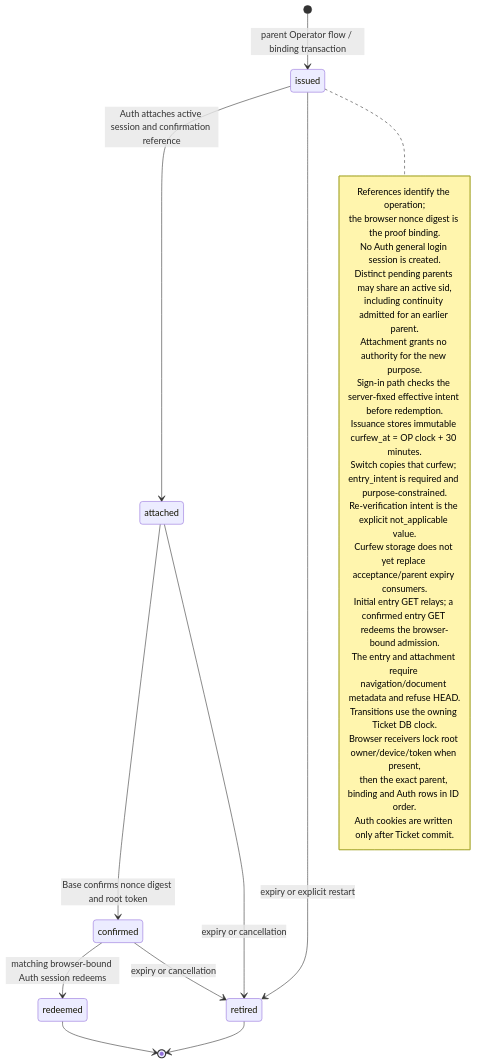
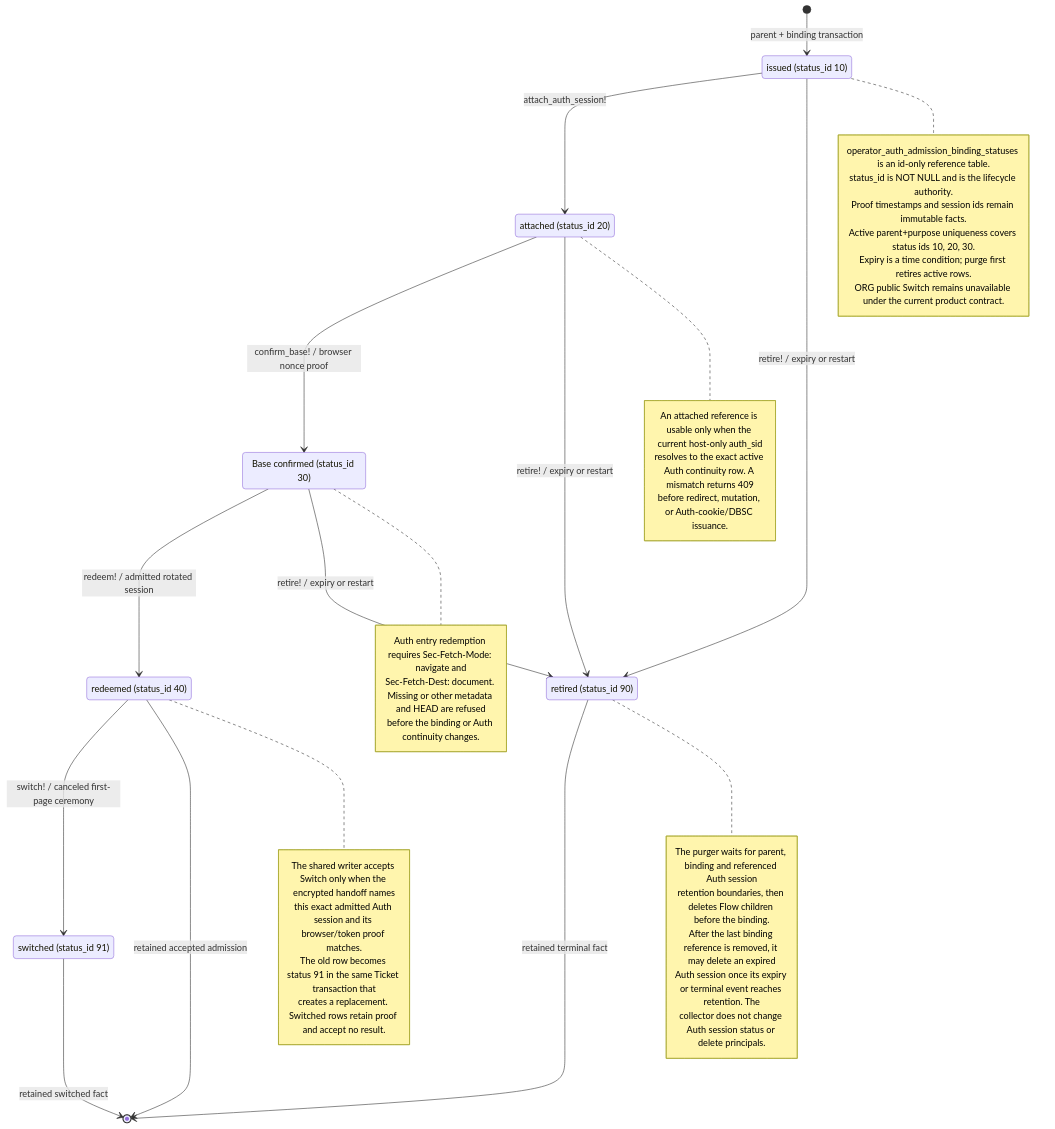
One commit to seahal/umaxica-apps-jit-global changed the diagram in docs/mermaid/idp-operator-auth-admission-binding.mmd. Above: the diagram before and after it, drawn with Mermaid. The commit also changed 1736 other files, not shown here.

```diff
--- a/docs/mermaid/idp-operator-auth-admission-binding.mmd
+++ b/docs/mermaid/idp-operator-auth-admission-binding.mmd
@@ -1,30 +1,55 @@
 stateDiagram-v2
-    %% Realm-specific rendering of the shared D-82 Base/Auth admission contract.
-    [*] --> issued: parent Operator flow / binding transaction
-    issued --> attached: Auth attaches active session and confirmation reference
-    issued --> retired: expiry or explicit restart
-    attached --> confirmed: Base confirms nonce digest and root token
-    attached --> retired: expiry or cancellation
-    confirmed --> redeemed: matching browser-bound Auth session redeems
-    confirmed --> retired: expiry or cancellation
-    redeemed --> [*]
-    retired --> [*]
+    state "issued (status_id 10)" as issued
+    state "attached (status_id 20)" as attached
+    state "Base confirmed (status_id 30)" as confirmed
+    state "redeemed (status_id 40)" as redeemed
+    state "retired (status_id 90)" as retired
+    state "switched (status_id 91)" as switched
+
+    [*] --> issued: parent + binding transaction
+    issued --> attached: attach_auth_session!
+    issued --> retired: retire! / expiry or restart
+    attached --> confirmed: confirm_base! / browser nonce proof
+    attached --> retired: retire! / expiry or restart
+    confirmed --> redeemed: redeem! / admitted rotated session
+    confirmed --> retired: retire! / expiry or restart
+    redeemed --> switched: switch! / canceled first-page ceremony
+    redeemed --> [*]: retained accepted admission
+    retired --> [*]: retained terminal fact
+    switched --> [*]: retained switched fact
+
     note right of issued
-        References identify the operation;
-        the browser nonce digest is the proof binding.
-        No Auth general login session is created.
-        Distinct pending parents may share an active sid,
-        including continuity admitted for an earlier parent.
-        Attachment grants no authority for the new purpose.
-        Sign-in path checks the server-fixed effective intent before redemption.
-        Issuance stores immutable curfew_at = OP clock + 30 minutes.
-        Switch copies that curfew; entry_intent is required and purpose-constrained.
-        Re-verification intent is the explicit not_applicable value.
-        Curfew storage does not yet replace acceptance/parent expiry consumers.
-        Initial entry GET relays; a confirmed entry GET redeems the browser-bound admission.
-        The entry and attachment require navigation/document metadata and refuse HEAD.
-        Transitions use the owning Ticket DB clock.
-        Browser receivers lock root owner/device/token when present,
-        then the exact parent, binding and Auth rows in ID order.
-        Auth cookies are written only after Ticket commit.
+      operator_auth_admission_binding_statuses is an id-only reference table.
+      status_id is NOT NULL and is the lifecycle authority.
+      Proof timestamps and session ids remain immutable facts.
+      Active parent+purpose uniqueness covers status ids 10, 20, 30.
+      Expiry is a time condition; purge first retires active rows.
+      ORG public Switch remains unavailable under the current product contract.
     end note
+
+    note right of attached
+      An attached reference is usable only when the current host-only auth_sid
+      resolves to the exact active Auth continuity row. A mismatch returns 409
+      before redirect, mutation, or Auth-cookie/DBSC issuance.
+    end note
+
+    note right of confirmed
+      Auth entry redemption requires Sec-Fetch-Mode: navigate and
+      Sec-Fetch-Dest: document. Missing or other metadata and HEAD are refused
+      before the binding or Auth continuity changes.
+    end note
+
+    note right of redeemed
+      The shared writer accepts Switch only when the encrypted handoff names
+      this exact admitted Auth session and its browser/token proof matches.
+      The old row becomes status 91 in the same Ticket transaction that
+      creates a replacement. Switched rows retain proof and accept no result.
+    end note
+
+    note right of retired
+      The purger waits for parent, binding and referenced Auth session
+      retention boundaries, then deletes Flow children before the binding.
+      After the last binding reference is removed, it may delete an expired
+      Auth session once its expiry or terminal event reaches retention. The
+      collector does not change Auth session status or delete principals.
+    end note
```
